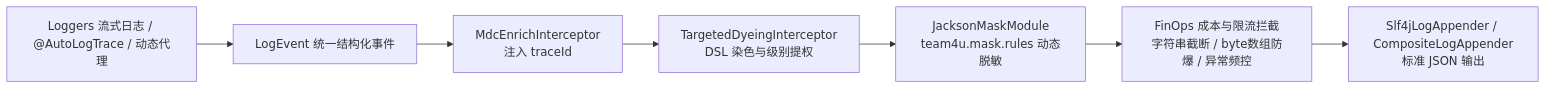
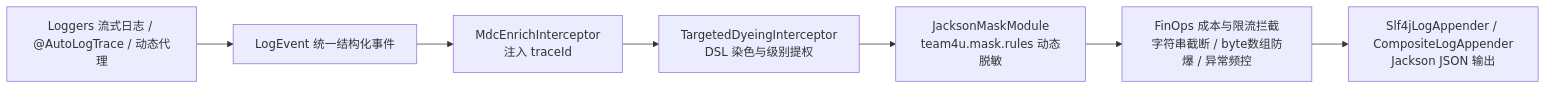
Before and after one commit to team4u/team4u-framework: the diagram in docs/log/README.md, drawn with Mermaid. The commit also changed other lines of this file and 102 other files, not shown here.

````diff
--- a/docs/log/README.md
+++ b/docs/log/README.md
@@ -25,9 +24,9 @@
 ```mermaid
 graph LR
     Log["Loggers 流式日志 / @AutoLogTrace / 动态代理"] --> E["LogEvent 统一结构化事件"]
     E --> P1["MdcEnrichInterceptor<br/>注入 traceId"]
     P1 --> P2["TargetedDyeingInterceptor<br/>DSL 染色与级别提权"]
     P2 --> P3["JacksonMaskModule<br/>team4u.mask.rules 动态脱敏"]
     P3 --> P4["FinOps 成本与限流拦截<br/>字符串截断 / byte数组防爆 / 异常频控"]
-    P4 --> Out["Slf4jLogAppender / CompositeLogAppender<br/>标准 JSON 输出"]
+    P4 --> Out["Slf4jLogAppender / CompositeLogAppender<br/>Jackson JSON 输出"]
 ```
````
